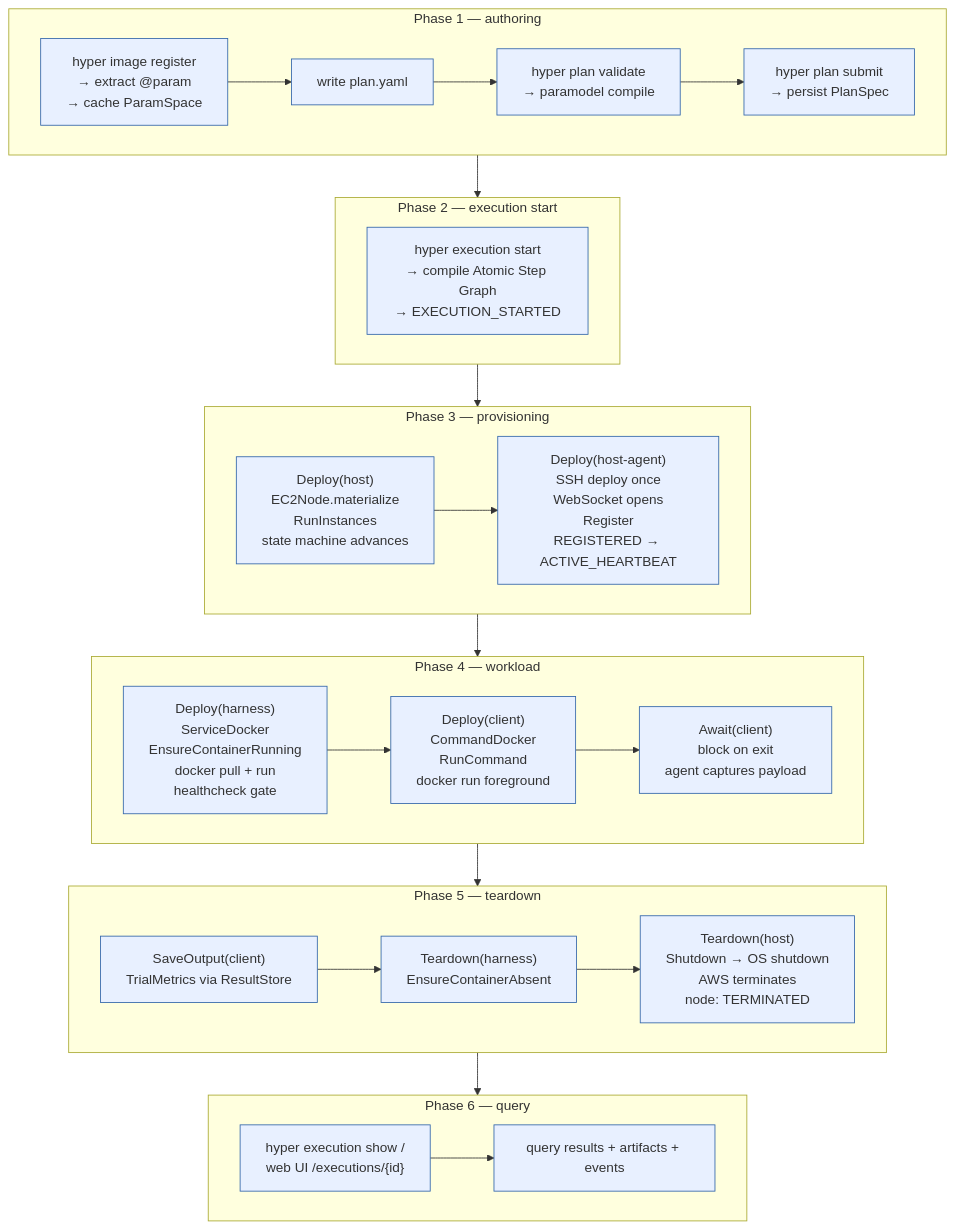
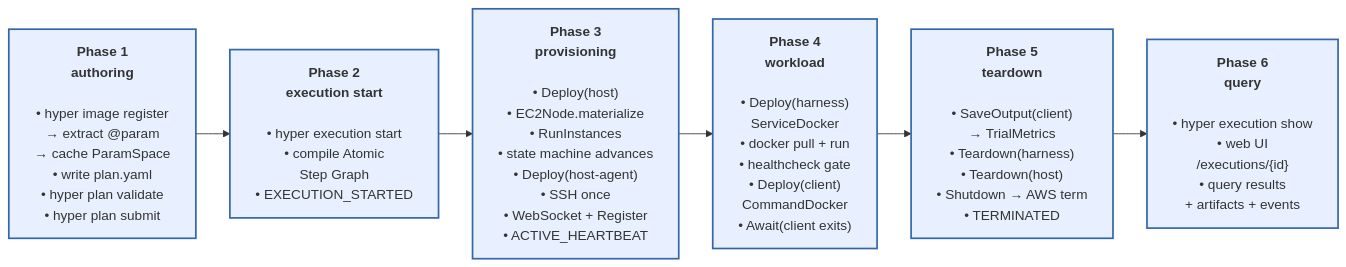
One commit to nosqlbench/hyperplane-rs changed the diagram in docs/design/diagrams/SRD-0113/golden-path.mmd. Above: the diagram before and after it, drawn with Mermaid. The commit also changed 32 other files, not shown here.

```diff
--- a/docs/design/diagrams/SRD-0113/golden-path.mmd
+++ b/docs/design/diagrams/SRD-0113/golden-path.mmd
@@ -1,45 +1,15 @@
 %% Copyright (c) Jonathan Shook
 %% SPDX-License-Identifier: Apache-2.0
-flowchart TB
-    subgraph P1 ["Phase 1 — authoring"]
-        A1["hyper image register<br/>→ extract @param<br/>→ cache ParamSpace"]
-        A2["write plan.yaml"]
-        A3["hyper plan validate<br/>→ paramodel compile"]
-        A4["hyper plan submit<br/>→ persist PlanSpec"]
-        A1 --> A2 --> A3 --> A4
-    end
-
-    subgraph P2 ["Phase 2 — execution start"]
-        B1["hyper execution start<br/>→ compile Atomic Step Graph<br/>→ EXECUTION_STARTED"]
-    end
-
-    subgraph P3 ["Phase 3 — provisioning"]
-        C1["Deploy(host)<br/>EC2Node.materialize<br/>RunInstances<br/>state machine advances"]
-        C2["Deploy(host-agent)<br/>SSH deploy once<br/>WebSocket opens<br/>Register<br/>REGISTERED → ACTIVE_HEARTBEAT"]
-        C1 --> C2
-    end
-
-    subgraph P4 ["Phase 4 — workload"]
-        D1["Deploy(harness)<br/>ServiceDocker<br/>EnsureContainerRunning<br/>docker pull + run<br/>healthcheck gate"]
-        D2["Deploy(client)<br/>CommandDocker<br/>RunCommand<br/>docker run foreground"]
-        D3["Await(client)<br/>block on exit<br/>agent captures payload"]
-        D1 --> D2 --> D3
-    end
-
-    subgraph P5 ["Phase 5 — teardown"]
-        E1["SaveOutput(client)<br/>TrialMetrics via ResultStore"]
-        E2["Teardown(harness)<br/>EnsureContainerAbsent"]
-        E3["Teardown(host)<br/>Shutdown → OS shutdown<br/>AWS terminates<br/>node: TERMINATED"]
-        E1 --> E2 --> E3
-    end
-
-    subgraph P6 ["Phase 6 — query"]
-        F1["hyper execution show /<br/>web UI /executions/{id}"]
-        F2["query results + artifacts + events"]
-        F1 --> F2
-    end
+%%{init: {'flowchart': {'nodeSpacing': 25, 'rankSpacing': 40}}}%%
+flowchart LR
+    P1["<b>Phase 1<br/>authoring</b><br/><br/>• hyper image register<br/>  → extract @param<br/>  → cache ParamSpace<br/>• write plan.yaml<br/>• hyper plan validate<br/>• hyper plan submit"]
+    P2["<b>Phase 2<br/>execution start</b><br/><br/>• hyper execution start<br/>• compile Atomic<br/>  Step Graph<br/>• EXECUTION_STARTED"]
+    P3["<b>Phase 3<br/>provisioning</b><br/><br/>• Deploy(host)<br/>• EC2Node.materialize<br/>• RunInstances<br/>• state machine advances<br/>• Deploy(host-agent)<br/>• SSH once<br/>• WebSocket + Register<br/>• ACTIVE_HEARTBEAT"]
+    P4["<b>Phase 4<br/>workload</b><br/><br/>• Deploy(harness)<br/>  ServiceDocker<br/>• docker pull + run<br/>• healthcheck gate<br/>• Deploy(client)<br/>  CommandDocker<br/>• Await(client exits)"]
+    P5["<b>Phase 5<br/>teardown</b><br/><br/>• SaveOutput(client)<br/>  → TrialMetrics<br/>• Teardown(harness)<br/>• Teardown(host)<br/>• Shutdown → AWS term<br/>• TERMINATED"]
+    P6["<b>Phase 6<br/>query</b><br/><br/>• hyper execution show<br/>• web UI<br/>  /executions/{id}<br/>• query results<br/>  + artifacts + events"]
 
     P1 --> P2 --> P3 --> P4 --> P5 --> P6
 
-    classDef phase fill:#e8f0ff,stroke:#3366aa
-    class A1,A2,A3,A4,B1,C1,C2,D1,D2,D3,E1,E2,E3,F1,F2 phase
+    classDef phase fill:#e8f0ff,stroke:#3366aa,stroke-width:2px
+    class P1,P2,P3,P4,P5,P6 phase
```
